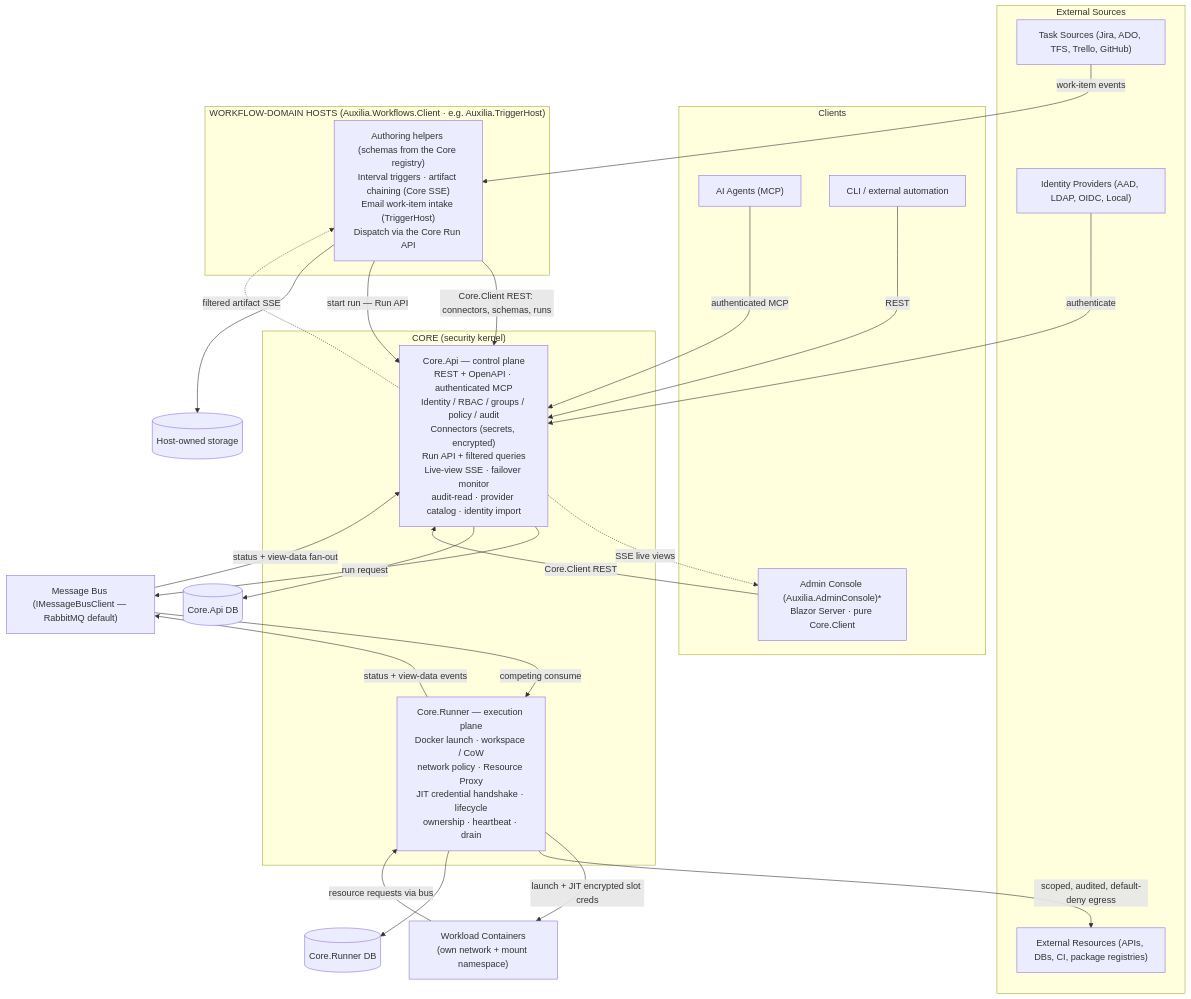
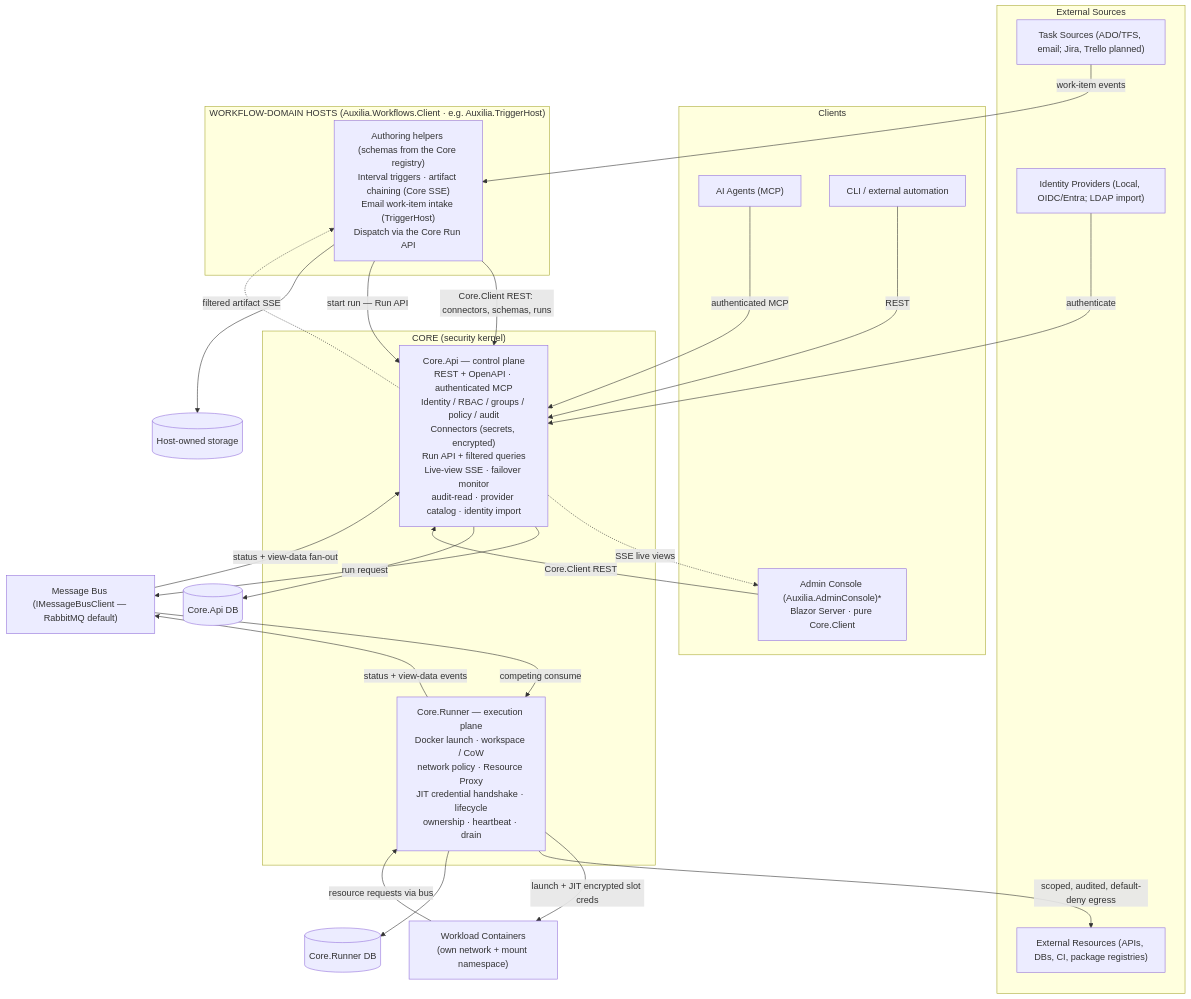
One commit to FelixKlakow/Auxilia changed the first of 14 diagrams in docs/ARCHITECTURE.md. Above: the diagram before and after it, drawn with Mermaid. The commit also changed other lines of this file and 10 other files, not shown here.

````diff
--- a/docs/ARCHITECTURE.md
+++ b/docs/ARCHITECTURE.md
@@ -76,48 +86,48 @@
 ```mermaid
 graph TB
     subgraph Sources["External Sources"]
-        TASKS["Task Sources (Jira, ADO, TFS, Trello, GitHub)"]
-        IDP["Identity Providers (AAD, LDAP, OIDC, Local)"]
+        TASKS["Task Sources (ADO/TFS, email; Jira, Trello planned)"]
+        IDP["Identity Providers (Local, OIDC/Entra; LDAP import)"]
         EXT["External Resources (APIs, DBs, CI, package registries)"]
     end
     subgraph Clients["Clients"]
         ADMIN["Admin Console (Auxilia.AdminConsole)*\nBlazor Server · pure Core.Client"]
         AI["AI Agents (MCP)"]
         CLI["CLI / external automation"]
     end
     subgraph Hosts["WORKFLOW-DOMAIN HOSTS (Auxilia.Workflows.Client · e.g. Auxilia.TriggerHost)"]
         PROD["Authoring helpers (schemas from the Core registry)\nInterval triggers · artifact chaining (Core SSE)\nEmail work-item intake (TriggerHost)\nDispatch via the Core Run API"]
     end
     subgraph Core["CORE (security kernel)"]
         API["Core.Api — control plane\nREST + OpenAPI · authenticated MCP\nIdentity / RBAC / groups / policy / audit\nConnectors (secrets, encrypted)\nRun API + filtered queries\nLive-view SSE · failover monitor\naudit-read · provider catalog · identity import"]
         RUNNER["Core.Runner — execution plane\nDocker launch · workspace / CoW\nnetwork policy · Resource Proxy\nJIT credential handshake · lifecycle\nownership · heartbeat · drain"]
     end
     WF["Workload Containers\n(own network + mount namespace)"]
     BUS["Message Bus (IMessageBusClient — RabbitMQ default)"]
     COREDB[("Core.Api DB")]
     RUNDB[("Core.Runner DB")]
     PRODDB[("Host-owned storage")]
 
     ADMIN -->|Core.Client REST| API
     API -.->|SSE live views| ADMIN
     CLI -->|REST| API
     AI -->|authenticated MCP| API
     PROD -->|Core.Client REST: connectors, schemas, runs| API
     PROD -->|start run — Run API| API
     API -.->|filtered artifact SSE| PROD
     TASKS -->|work-item events| PROD
     IDP -->|authenticate| API
 
     API -->|run request| BUS
     BUS -->|competing consume| RUNNER
     RUNNER -->|status + view-data events| BUS
     BUS -->|status + view-data fan-out| API
 
     RUNNER -->|launch + JIT encrypted slot creds| WF
     WF -->|resource requests via bus| RUNNER
     RUNNER -->|scoped, audited, default-deny egress| EXT
 
     API --> COREDB
     RUNNER --> RUNDB
     PROD --> PRODDB
 ```
````
